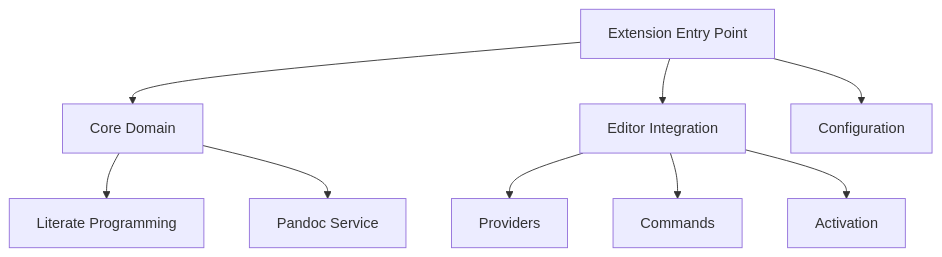
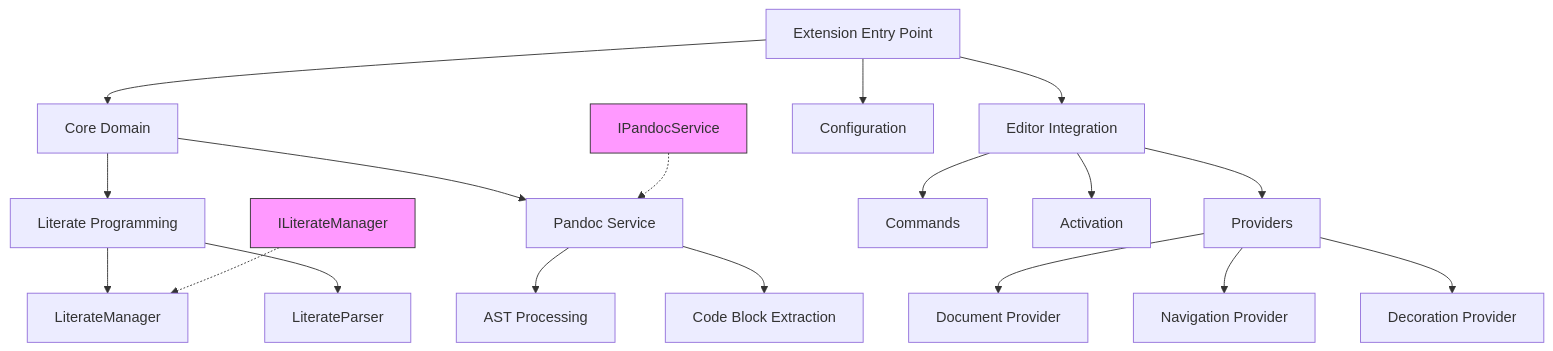
One commit to deephbz/entangled-vscode changed the diagram in DESIGN.md. Above: the diagram before and after it, drawn with Mermaid.

Commit message:
update component diagram

````diff
--- a/DESIGN.md
+++ b/DESIGN.md
@@ -18,11 +18,30 @@
 ```mermaid
 graph TD
     A[Extension Entry Point] --> B[Core Domain]
     A --> C[Editor Integration]
     A --> D[Configuration]
+
+    %% Core Domain Components
     B --> E[Literate Programming]
     B --> F[Pandoc Service]
+    E --> E1[LiterateManager]
+    E --> E2[LiterateParser]
+    F --> F1[AST Processing]
+    F --> F2[Code Block Extraction]
+
+    %% Editor Integration
     C --> G[Providers]
     C --> H[Commands]
     C --> I[Activation]
+    
+    %% Providers Detail
+    G --> G1[Document Provider]
+    G --> G2[Navigation Provider]
+    G --> G3[Decoration Provider]
+
+    %% Key Interfaces
+    style J1 fill:#f9f,stroke:#333
+    style J2 fill:#f9f,stroke:#333
+    J1[ILiterateManager]-.->E1
+    J2[IPandocService]-.->F
 ```
````
